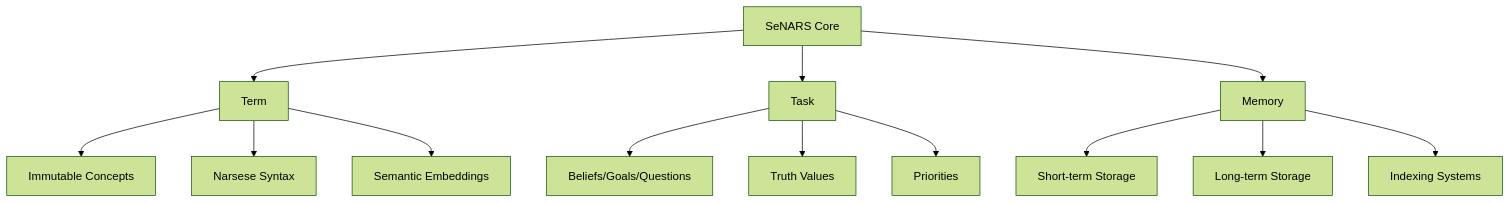
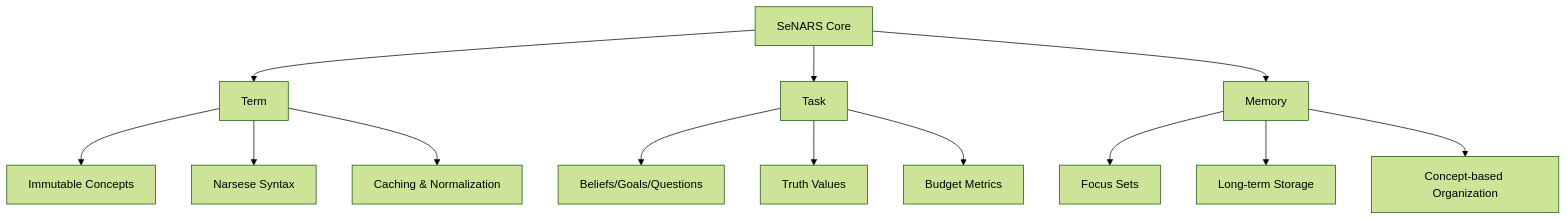
The second of 6 diagrams in docs/presentations/slides-next.md (automenta/senars11), drawn with Mermaid (forest theme) before and after one commit. The commit also changed other lines of this file, not shown here.

````diff
--- a/docs/presentations/slides-next.md
+++ b/docs/presentations/slides-next.md
@@ -338,18 +334,18 @@
 ```mermaid
 graph TD
     A[SeNARS Core] --> B[Term]
     A --> C[Task]
     A --> D[Memory]
 
     B --> B1[Immutable Concepts]
     B --> B2[Narsese Syntax]
-    B --> B3[Semantic Embeddings]
+    B --> B3[Caching & Normalization]
 
     C --> C1[Beliefs/Goals/Questions]
     C --> C2[Truth Values]
-    C --> C3[Priorities]
+    C --> C3[Budget Metrics]
 
-    D --> D1[Short-term Storage]
+    D --> D1[Focus Sets]
     D --> D2[Long-term Storage]
-    D --> D3[Indexing Systems]
+    D --> D3[Concept-based Organization]
 ```
````
